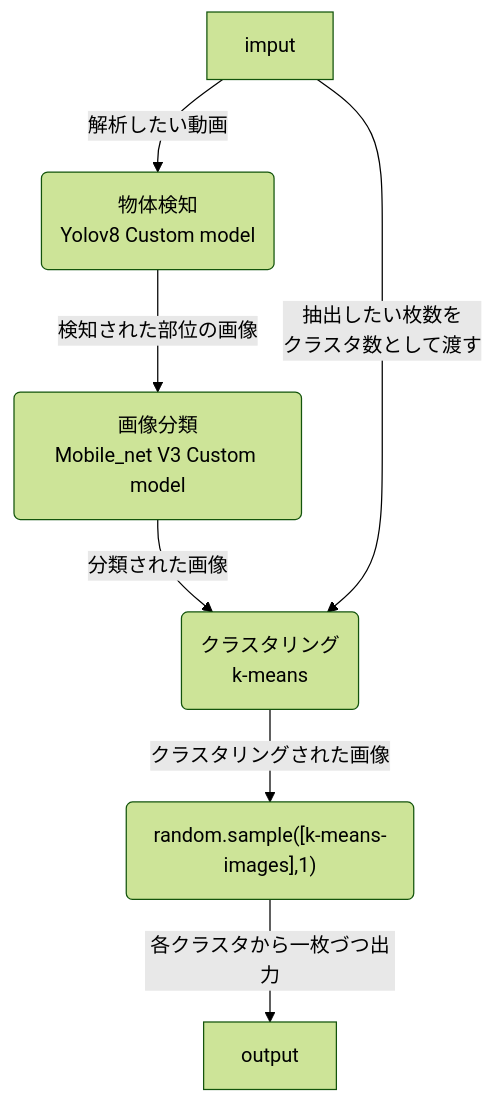
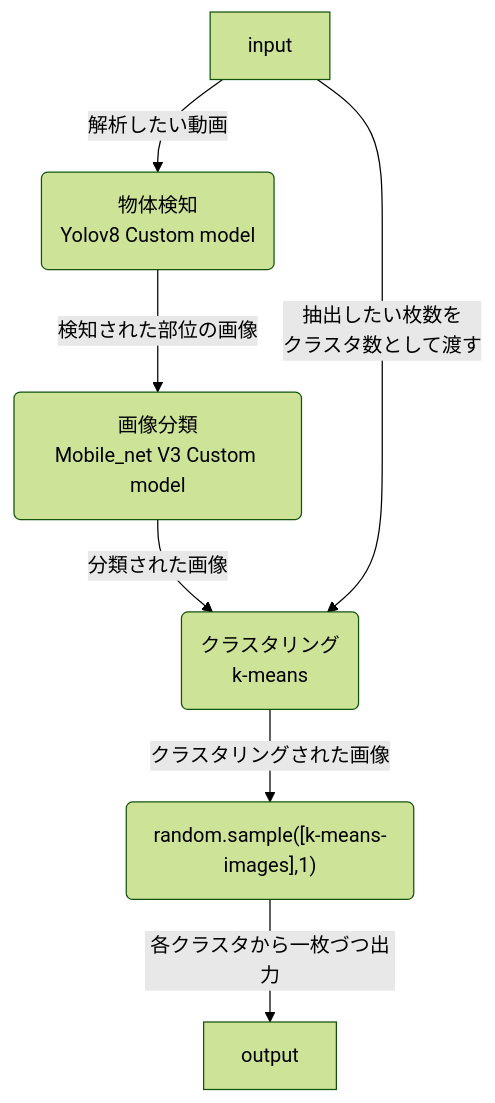
The diagram in README.md (naomitsu-ozawa/deep_mus_cut), drawn with Mermaid before and after one commit.

````diff
--- a/README.md
+++ b/README.md
@@ -11,10 +11,10 @@
 ```mermaid
 %%{init:{'theme':'forest'}}%%
 graph TD
-    A[imput] -->|解析したい動画| B(物体検知\nYolov8 Custom model)
+    A[input] -->|解析したい動画| B(物体検知\nYolov8 Custom model)
     B -->|検知された部位の画像| C(画像分類\nMobile_net V3 Custom model)
     C -->|分類された画像| D(クラスタリング\nk-means)
     D -->|クラスタリングされた画像| E("random.sample([k-means-images],1)")
     E -->|各クラスタから一枚づつ出力| F[output]
     A --> |抽出したい枚数を\nクラスタ数として渡す|　D
 ```
````
